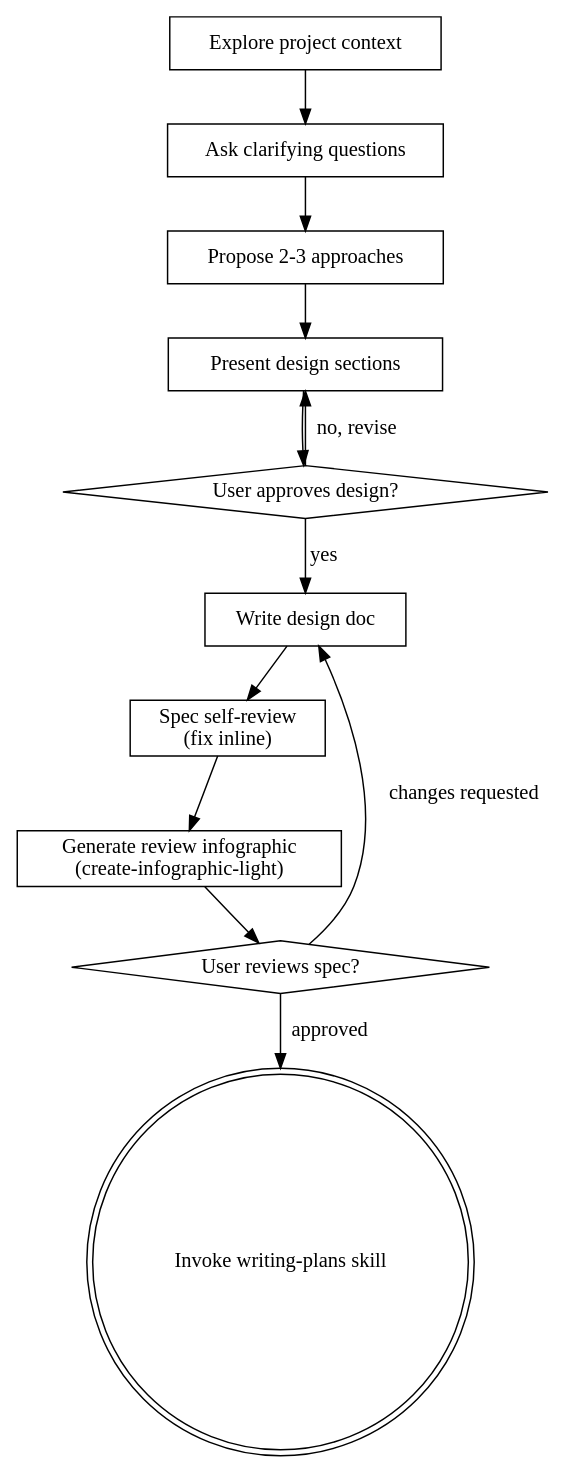
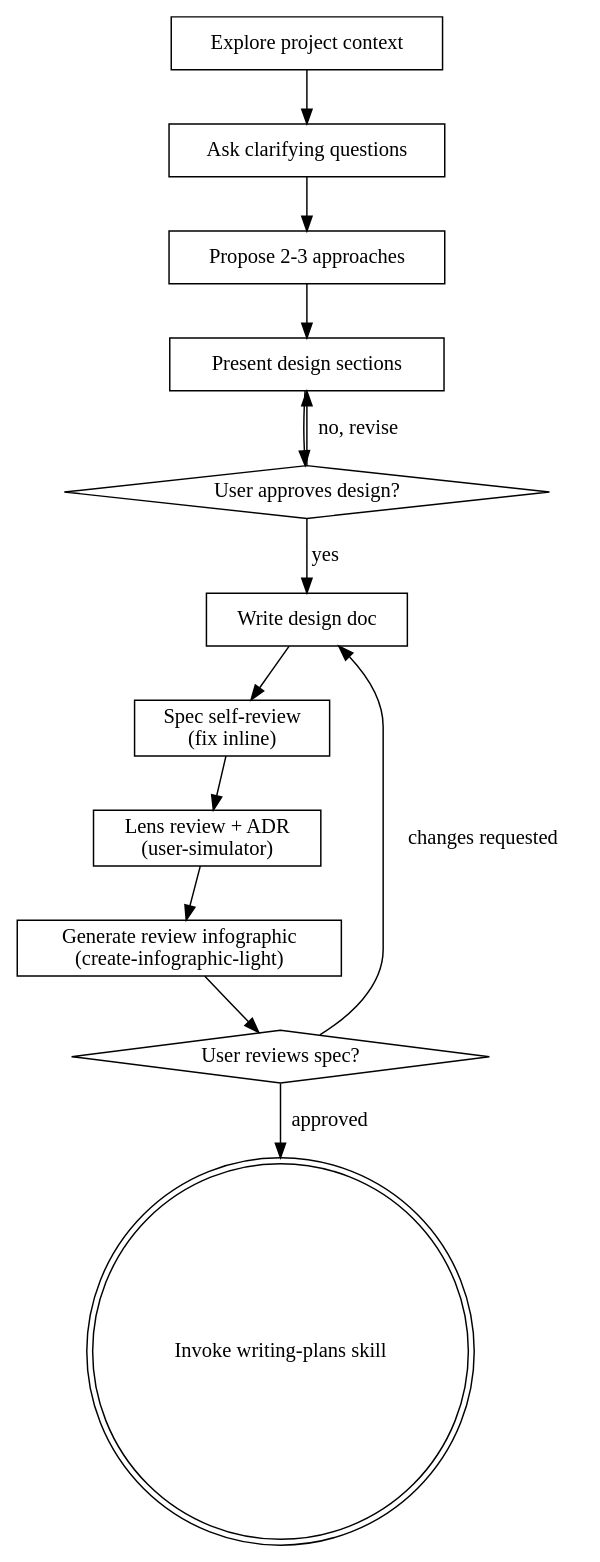
The diagram in .agents/skills/brainstorming/SKILL.md (moorestech/moorestech), drawn with Graphviz before and after one commit. The commit also changed other lines of this file and 69 other files, not shown here.

````diff
--- a/.agents/skills/brainstorming/SKILL.md
+++ b/.agents/skills/brainstorming/SKILL.md
@@ -37,26 +53,28 @@
 ```dot
 digraph brainstorming {
     "Explore project context" [shape=box];
     "Ask clarifying questions" [shape=box];
     "Propose 2-3 approaches" [shape=box];
     "Present design sections" [shape=box];
     "User approves design?" [shape=diamond];
     "Write design doc" [shape=box];
     "Spec self-review\n(fix inline)" [shape=box];
     "User reviews spec?" [shape=diamond];
     "Invoke writing-plans skill" [shape=doublecircle];
 
     "Explore project context" -> "Ask clarifying questions";
     "Ask clarifying questions" -> "Propose 2-3 approaches";
     "Propose 2-3 approaches" -> "Present design sections";
     "Present design sections" -> "User approves design?";
     "User approves design?" -> "Present design sections" [label="no, revise"];
     "User approves design?" -> "Write design doc" [label="yes"];
     "Write design doc" -> "Spec self-review\n(fix inline)";
+    "Lens review + ADR\n(user-simulator)" [shape=box];
     "Generate review infographic\n(create-infographic-light)" [shape=box];
-    "Spec self-review\n(fix inline)" -> "Generate review infographic\n(create-infographic-light)";
+    "Spec self-review\n(fix inline)" -> "Lens review + ADR\n(user-simulator)";
+    "Lens review + ADR\n(user-simulator)" -> "Generate review infographic\n(create-infographic-light)";
     "Generate review infographic\n(create-infographic-light)" -> "User reviews spec?";
     "User reviews spec?" -> "Write design doc" [label="changes requested"];
     "User reviews spec?" -> "Invoke writing-plans skill" [label="approved"];
 }
 ```
````
